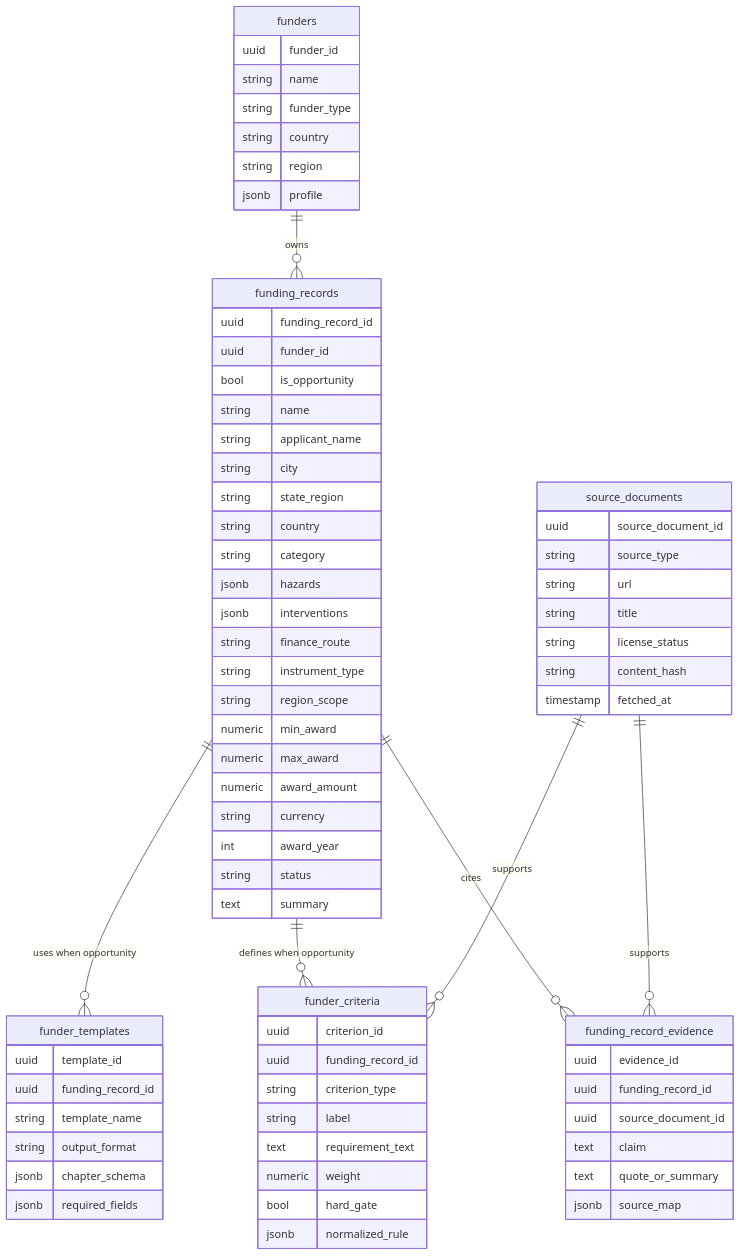
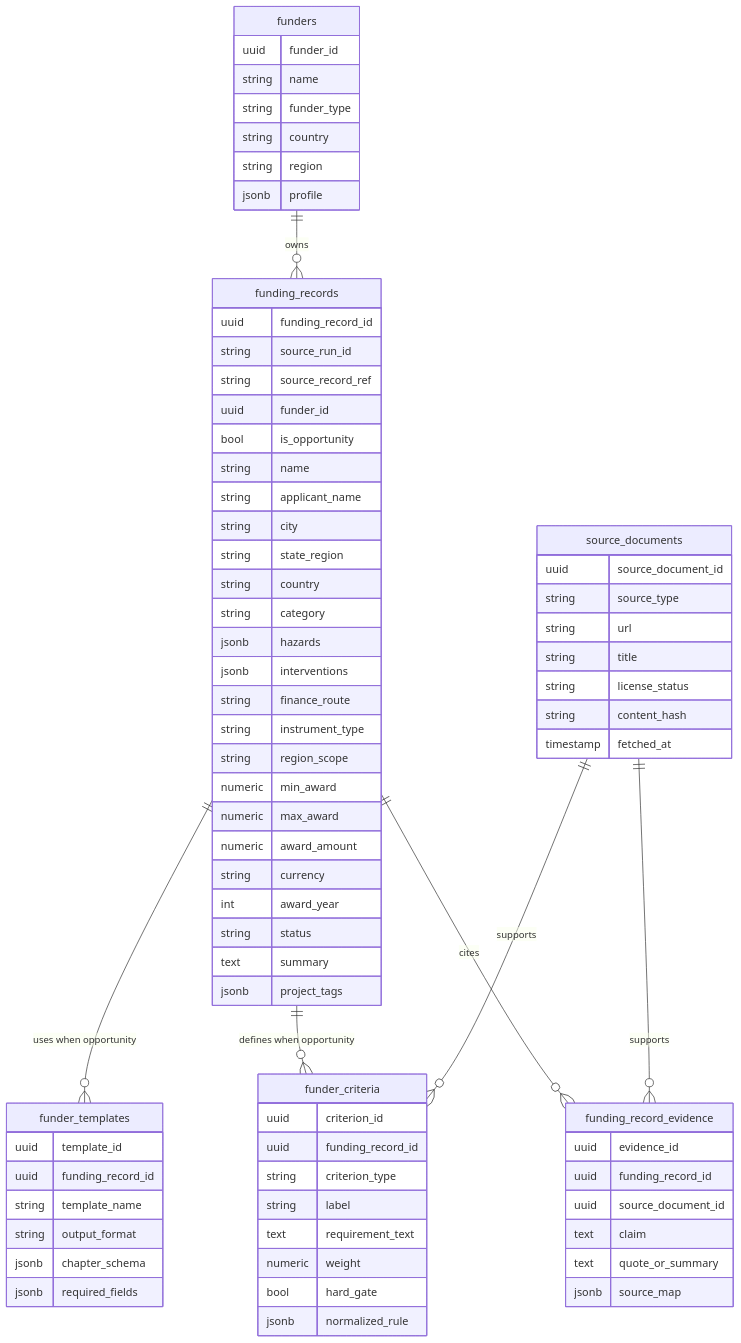
One commit to Open-Earth-Foundation/CityCatalyst changed the seventh of 14 diagrams in docs/ConceptNoteBuilderArchitecture.md. Above: the diagram before and after it, drawn with Mermaid. The commit also changed other lines of this file and 50 other files, not shown here.

```diff
--- a/docs/ConceptNoteBuilderArchitecture.md
+++ b/docs/ConceptNoteBuilderArchitecture.md
@@ -743,6 +751,8 @@
 
     funding_records {
         uuid funding_record_id
+        string source_run_id
+        string source_record_ref
         uuid funder_id
         bool is_opportunity
         string name
@@ -763,6 +773,7 @@
         int award_year
         string status
         text summary
+        jsonb project_tags
     }
 
     funder_templates {
```
